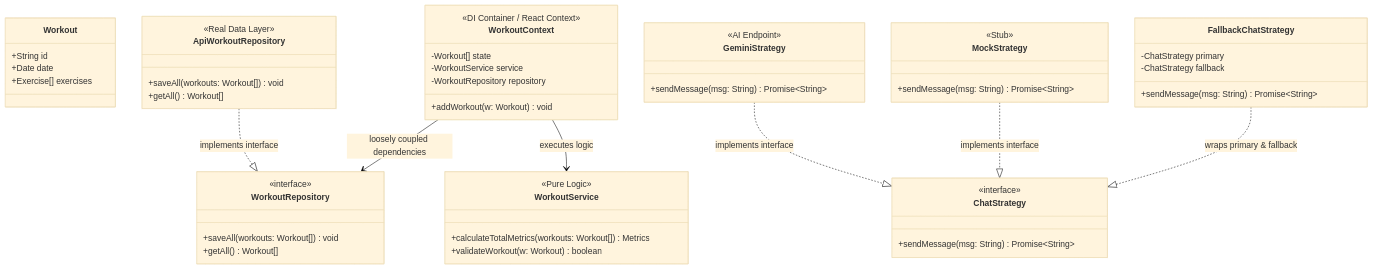
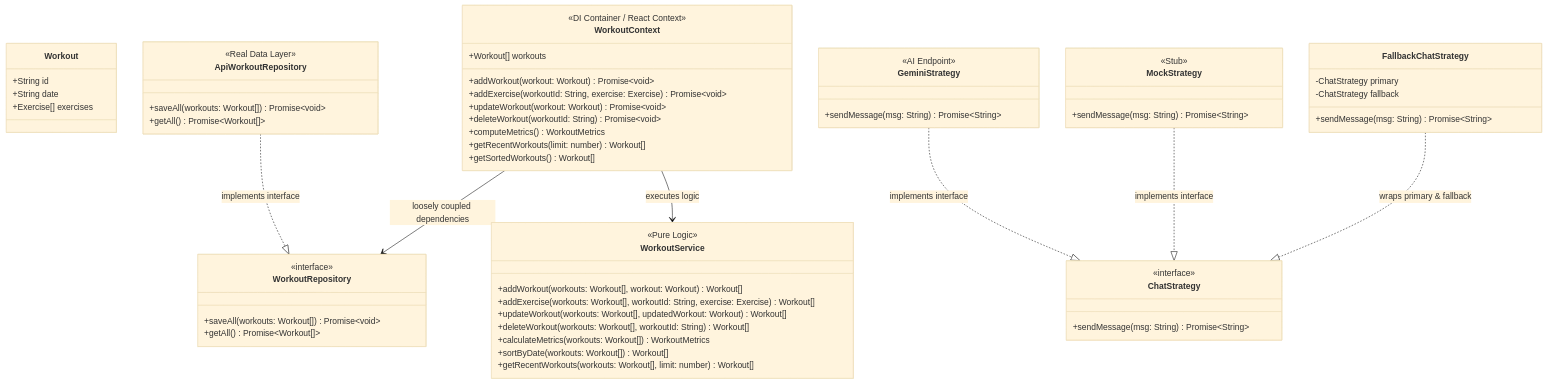
One commit to arya-p-gh/fittrack changed the diagram in diagrams/class-diagram.md. Above: the diagram before and after it, drawn with Mermaid (base theme). The commit also changed 1 other file, not shown here.

Commit message:
docs: update diagrams

````diff
--- a/diagrams/class-diagram.md
+++ b/diagrams/class-diagram.md
@@ -5,69 +5,78 @@
 ```mermaid
 classDiagram
     %% Core Entities (DTOs passed between layers)
     class Workout {
         +String id
-        +Date date
+        +String date
         +Exercise[] exercises
     }
 
     %% Interfaces (in src/application/interfaces/)
     class WorkoutRepository {
         <<interface>>
-        +saveAll(workouts: Workout[]) void
-        +getAll() Workout[]
+        +saveAll(workouts: Workout[]) Promise~void~
+        +getAll() Promise~Workout[]~
     }
 
     class ChatStrategy {
         <<interface>>
         +sendMessage(msg: String) Promise~String~
     }
 
     %% Concrete Implementations (in src/infrastructure/)
     class ApiWorkoutRepository {
         <<Real Data Layer>>
-        +saveAll(workouts: Workout[]) void
-        +getAll() Workout[]
+        +saveAll(workouts: Workout[]) Promise~void~
+        +getAll() Promise~Workout[]~
     }
 
     class GeminiStrategy {
         <<AI Endpoint>>
         +sendMessage(msg: String) Promise~String~
     }
 
     class MockStrategy {
         <<Stub>>
         +sendMessage(msg: String) Promise~String~
     }
 
     class FallbackChatStrategy {
         -ChatStrategy primary
         -ChatStrategy fallback
         +sendMessage(msg: String) Promise~String~
     }
 
     %% Services (in src/application/workout/)
     class WorkoutService {
         <<Pure Logic>>
-        +calculateTotalMetrics(workouts: Workout[]) Metrics
-        +validateWorkout(w: Workout) boolean
+        +addWorkout(workouts: Workout[], workout: Workout) Workout[]
+        +addExercise(workouts: Workout[], workoutId: String, exercise: Exercise) Workout[]
+        +updateWorkout(workouts: Workout[], updatedWorkout: Workout) Workout[]
+        +deleteWorkout(workouts: Workout[], workoutId: String) Workout[]
+        +calculateMetrics(workouts: Workout[]) WorkoutMetrics
+        +sortByDate(workouts: Workout[]) Workout[]
+        +getRecentWorkouts(workouts: Workout[], limit: number) Workout[]
     }
 
     %% Presentation / State (in src/application/workout/)
     class WorkoutContext {
         <<DI Container / React Context>>
-        -Workout[] state
-        -WorkoutService service
-        -WorkoutRepository repository
-        +addWorkout(w: Workout) void
+        +Workout[] workouts
+        +addWorkout(workout: Workout) Promise~void~
+        +addExercise(workoutId: String, exercise: Exercise) Promise~void~
+        +updateWorkout(workout: Workout) Promise~void~
+        +deleteWorkout(workoutId: String) Promise~void~
+        +computeMetrics() WorkoutMetrics
+        +getRecentWorkouts(limit: number) Workout[]
+        +getSortedWorkouts() Workout[]
     }
 
     %% Relationships Mapping Back to Code
     ApiWorkoutRepository ..|> WorkoutRepository : implements interface
     GeminiStrategy ..|> ChatStrategy : implements interface
     MockStrategy ..|> ChatStrategy : implements interface
     FallbackChatStrategy ..|> ChatStrategy : wraps primary & fallback
 
     WorkoutContext --> WorkoutService : executes logic
     WorkoutContext --> WorkoutRepository : loosely coupled dependencies
 ```
````
